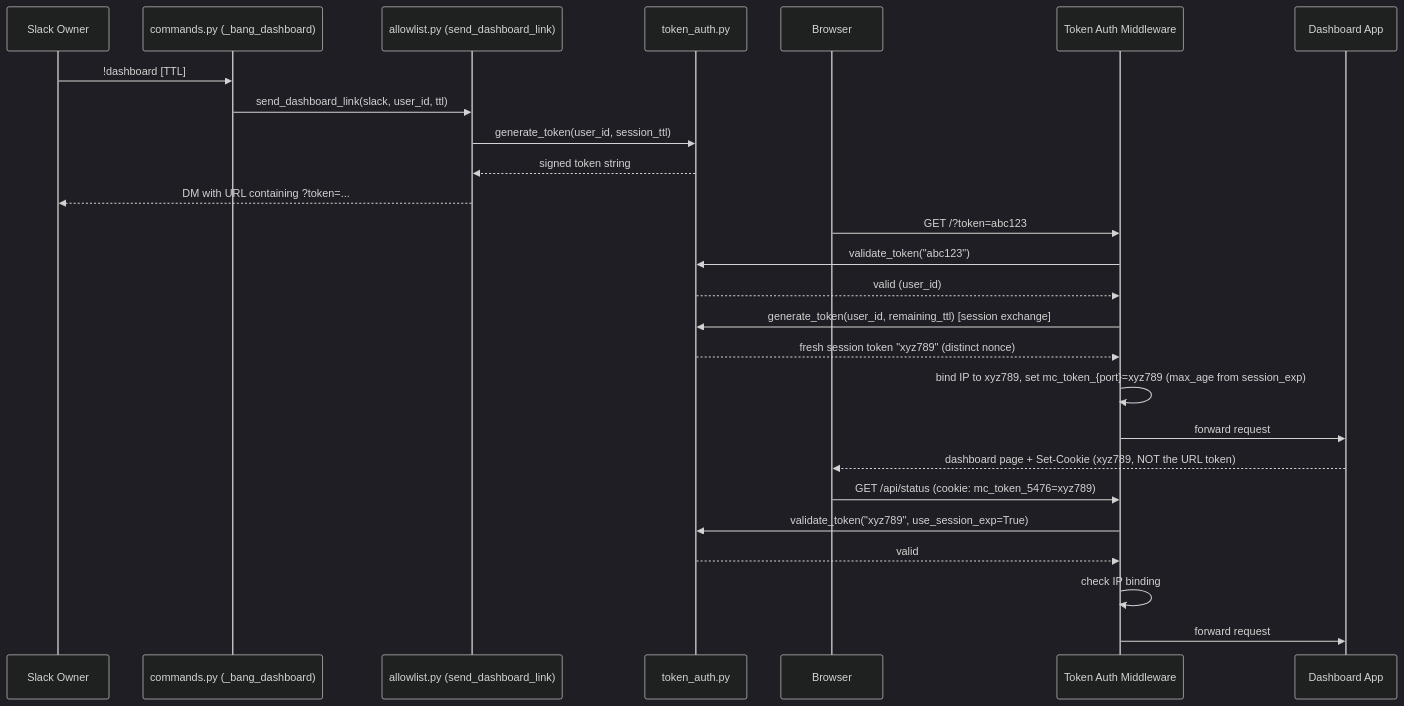
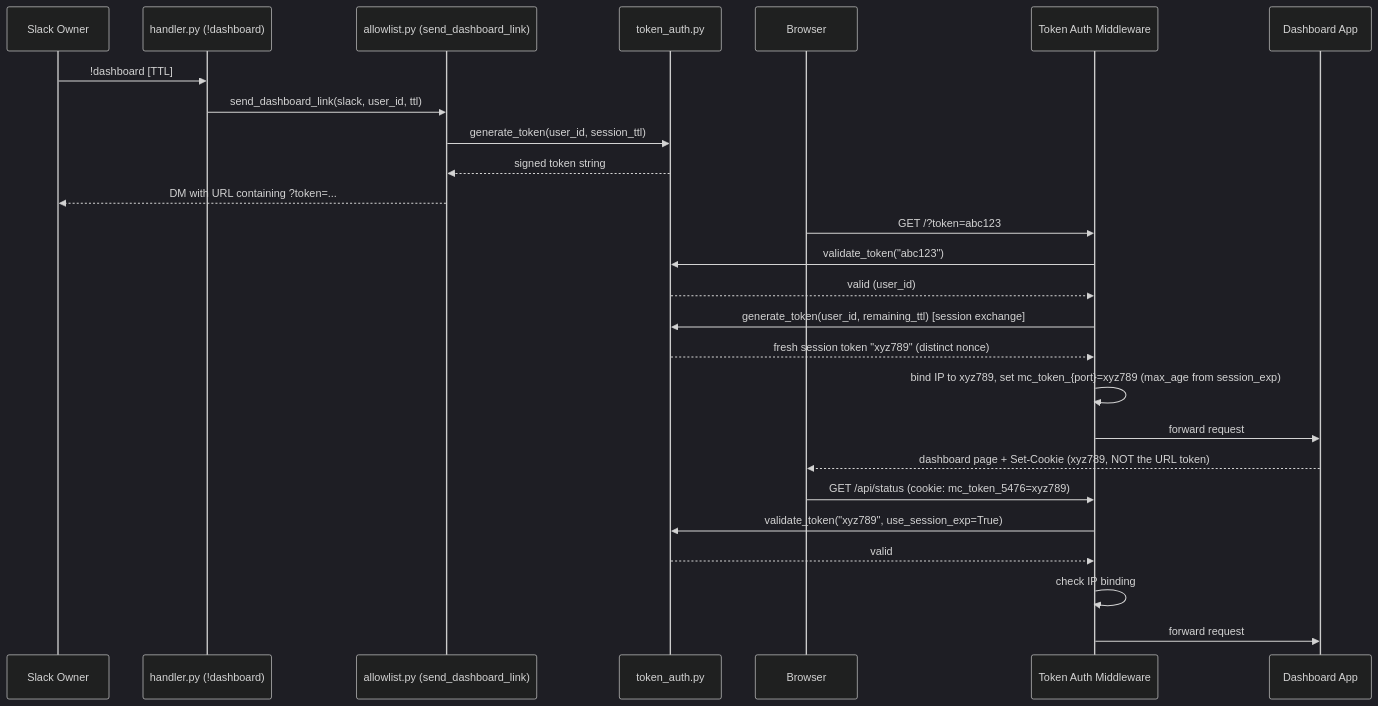
The first of 2 diagrams in docs/system-specs/modules/dashboard-token-auth.md (Premshay/KiroCrew), drawn with Mermaid (dark theme) before and after one commit. The commit also changed other lines of this file and 3408 other files, not shown here.

````diff
--- a/docs/system-specs/modules/dashboard-token-auth.md
+++ b/docs/system-specs/modules/dashboard-token-auth.md
@@ -58,31 +58,31 @@
 ```mermaid
 sequenceDiagram
     participant Owner as Slack Owner
-    participant Handler as commands.py (_bang_dashboard)
+    participant Handler as handler.py (!dashboard)
     participant Allowlist as allowlist.py (send_dashboard_link)
     participant TokenGen as token_auth.py
     participant Browser as Browser
     participant MW as Token Auth Middleware
     participant App as Dashboard App
 
     Owner->>Handler: !dashboard [TTL]
     Handler->>Allowlist: send_dashboard_link(slack, user_id, ttl)
     Allowlist->>TokenGen: generate_token(user_id, session_ttl)
     TokenGen-->>Allowlist: signed token string
     Allowlist-->>Owner: DM with URL containing ?token=...
 
     Browser->>MW: GET /?token=abc123
     MW->>TokenGen: validate_token("abc123")
     TokenGen-->>MW: valid (user_id)
     MW->>TokenGen: generate_token(user_id, remaining_ttl)  [session exchange]
     TokenGen-->>MW: fresh session token "xyz789" (distinct nonce)
     MW->>MW: bind IP to xyz789, set mc_token_{port}=xyz789 (max_age from session_exp)
     MW->>App: forward request
     App-->>Browser: dashboard page + Set-Cookie (xyz789, NOT the URL token)
 
     Browser->>MW: GET /api/status (cookie: mc_token_5476=xyz789)
     MW->>TokenGen: validate_token("xyz789", use_session_exp=True)
     TokenGen-->>MW: valid
     MW->>MW: check IP binding
     MW->>App: forward request
 ```
````
